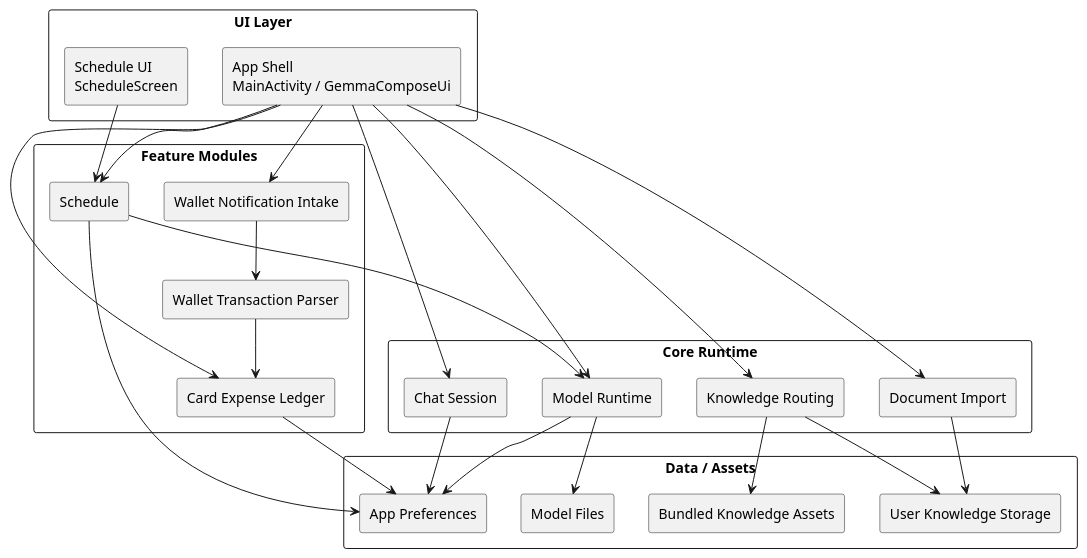
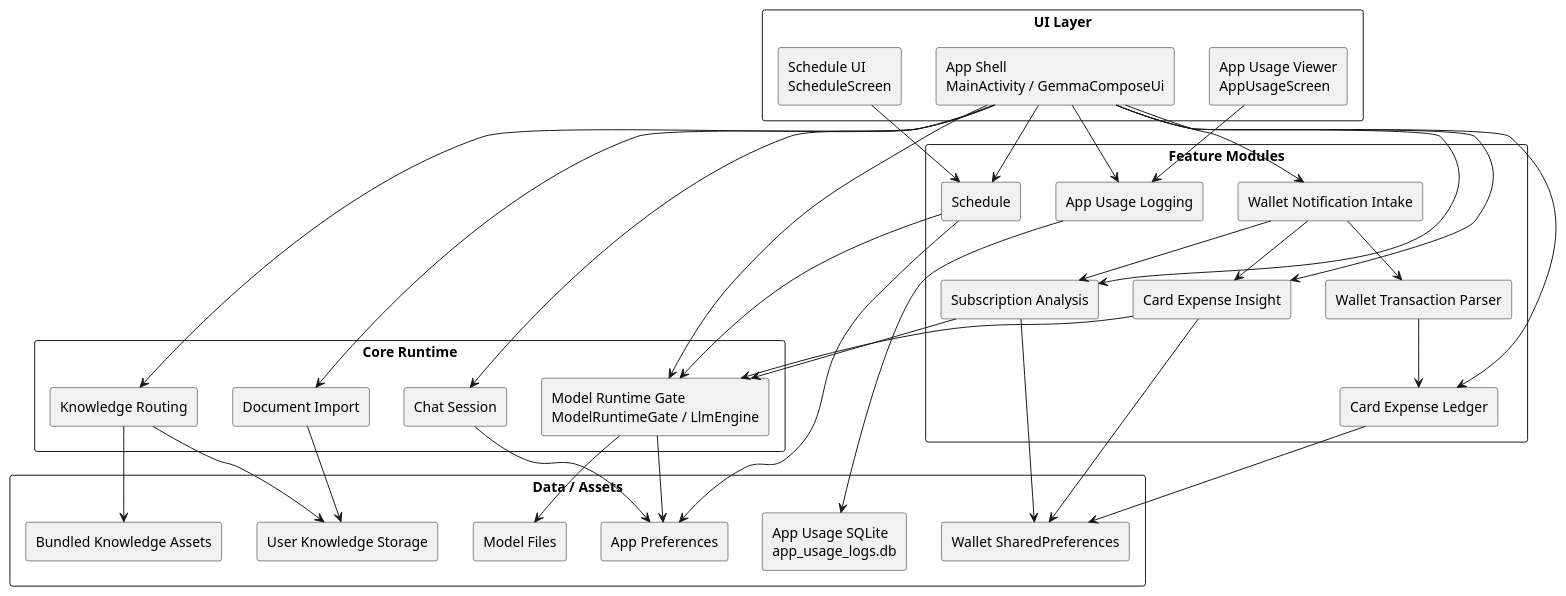
The diagram in docs/diagrams/module-view.puml (seungguJ/gemma4_ondevice_test), drawn with PlantUML before and after one commit. The commit also changed 72 other files, not shown here.

```diff
--- a/docs/diagrams/module-view.puml
+++ b/docs/diagrams/module-view.puml
@@ -1,54 +1,71 @@
 @startuml
 skinparam componentStyle rectangle
 skinparam packageStyle rectangle
 skinparam shadowing false
 
 package "UI Layer" {
   [App Shell\nMainActivity / GemmaComposeUi]
   [Schedule UI\nScheduleScreen]
+  [App Usage Viewer\nAppUsageScreen]
 }
 
 package "Core Runtime" {
   [Chat Session]
-  [Model Runtime]
+  [Model Runtime Gate\nModelRuntimeGate / LlmEngine]
   [Knowledge Routing]
   [Document Import]
 }
 
 package "Feature Modules" {
   [Schedule]
   [Wallet Notification Intake]
   [Wallet Transaction Parser]
   [Card Expense Ledger]
+  [Subscription Analysis]
+  [Card Expense Insight]
+  [App Usage Logging]
 }
 
 package "Data / Assets" {
   [Bundled Knowledge Assets]
   [User Knowledge Storage]
   [App Preferences]
+  [Wallet SharedPreferences]
+  [App Usage SQLite\napp_usage_logs.db]
   [Model Files]
 }
 
 [App Shell\nMainActivity / GemmaComposeUi] --> [Chat Session]
-[App Shell\nMainActivity / GemmaComposeUi] --> [Model Runtime]
+[App Shell\nMainActivity / GemmaComposeUi] --> [Model Runtime Gate\nModelRuntimeGate / LlmEngine]
 [App Shell\nMainActivity / GemmaComposeUi] --> [Knowledge Routing]
 [App Shell\nMainActivity / GemmaComposeUi] --> [Document Import]
 [App Shell\nMainActivity / GemmaComposeUi] --> [Schedule]
 [App Shell\nMainActivity / GemmaComposeUi] --> [Card Expense Ledger]
+[App Shell\nMainActivity / GemmaComposeUi] --> [Subscription Analysis]
+[App Shell\nMainActivity / GemmaComposeUi] --> [Card Expense Insight]
+[App Shell\nMainActivity / GemmaComposeUi] --> [App Usage Logging]
 
 [Schedule UI\nScheduleScreen] --> [Schedule]
-[Schedule] --> [Model Runtime]
+[App Usage Viewer\nAppUsageScreen] --> [App Usage Logging]
+[Schedule] --> [Model Runtime Gate\nModelRuntimeGate / LlmEngine]
 
 [Knowledge Routing] --> [Bundled Knowledge Assets]
 [Knowledge Routing] --> [User Knowledge Storage]
 [Document Import] --> [User Knowledge Storage]
 [Chat Session] --> [App Preferences]
-[Model Runtime] --> [Model Files]
-[Model Runtime] --> [App Preferences]
+[Model Runtime Gate\nModelRuntimeGate / LlmEngine] --> [Model Files]
+[Model Runtime Gate\nModelRuntimeGate / LlmEngine] --> [App Preferences]
 [Schedule] --> [App Preferences]
 
 [Wallet Notification Intake] --> [Wallet Transaction Parser]
+[Wallet Notification Intake] --> [Subscription Analysis]
+[Wallet Notification Intake] --> [Card Expense Insight]
 [Wallet Transaction Parser] --> [Card Expense Ledger]
-[Card Expense Ledger] --> [App Preferences]
+[Card Expense Ledger] --> [Wallet SharedPreferences]
+[Subscription Analysis] --> [Wallet SharedPreferences]
+[Subscription Analysis] --> [Model Runtime Gate\nModelRuntimeGate / LlmEngine]
+[Card Expense Insight] --> [Wallet SharedPreferences]
+[Card Expense Insight] --> [Model Runtime Gate\nModelRuntimeGate / LlmEngine]
+[App Usage Logging] --> [App Usage SQLite\napp_usage_logs.db]
 [App Shell\nMainActivity / GemmaComposeUi] --> [Wallet Notification Intake]
 @enduml
```
